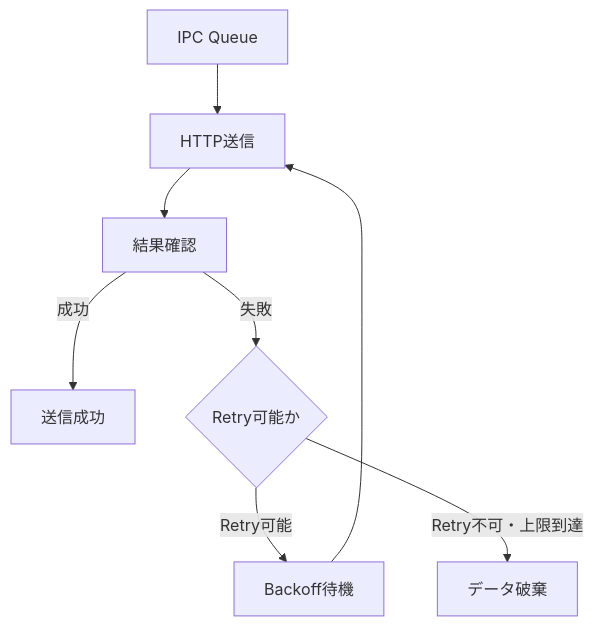
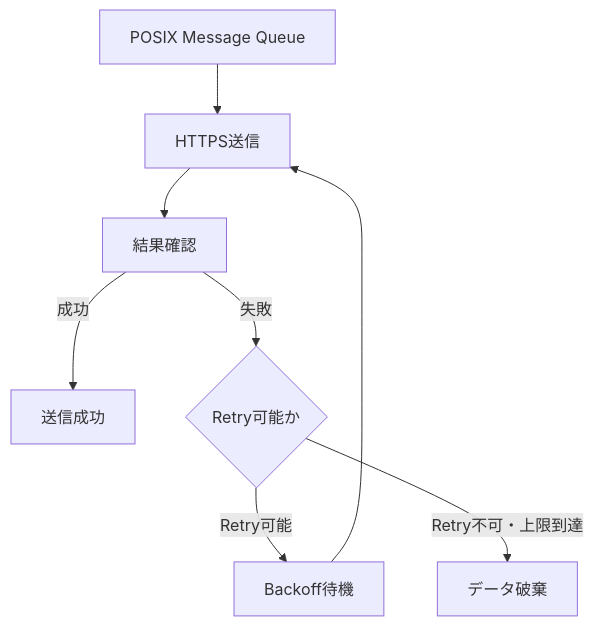
Diagram 11 of 15 in docs/04_data_ipc_communication.md (yujimasuda77777/Raspberry_Pi_4B_Edge_IoT_System), drawn with Mermaid before and after one commit. The commit also changed other lines of this file and 1 other file, not shown here.

````diff
--- a/docs/04_data_ipc_communication.md
+++ b/docs/04_data_ipc_communication.md
@@ -626,20 +636,20 @@
 ```mermaid
 flowchart TD
-    Queue["IPC Queue"]
-    Send["HTTP送信"]
+    Queue["POSIX Message Queue"]
+    Send["HTTPS送信"]
     Check["結果確認"]
     Success["送信成功"]
     RetryCheck{"Retry可能か"}
     Backoff["Backoff待機"]
     Discard["データ破棄"]
 
     Queue --> Send
     Send --> Check
 
     Check -->|成功| Success
     Check -->|失敗| RetryCheck
 
     RetryCheck -->|Retry可能| Backoff
     Backoff --> Send
     RetryCheck -->|Retry不可・上限到達| Discard
 ```
````
